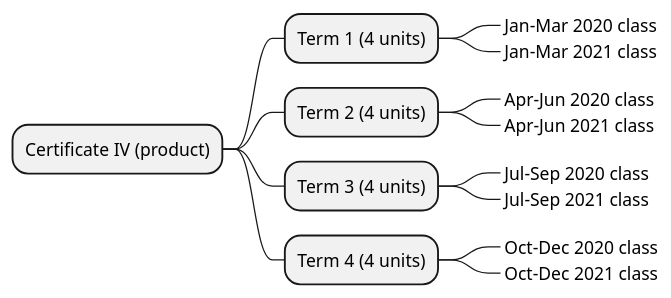
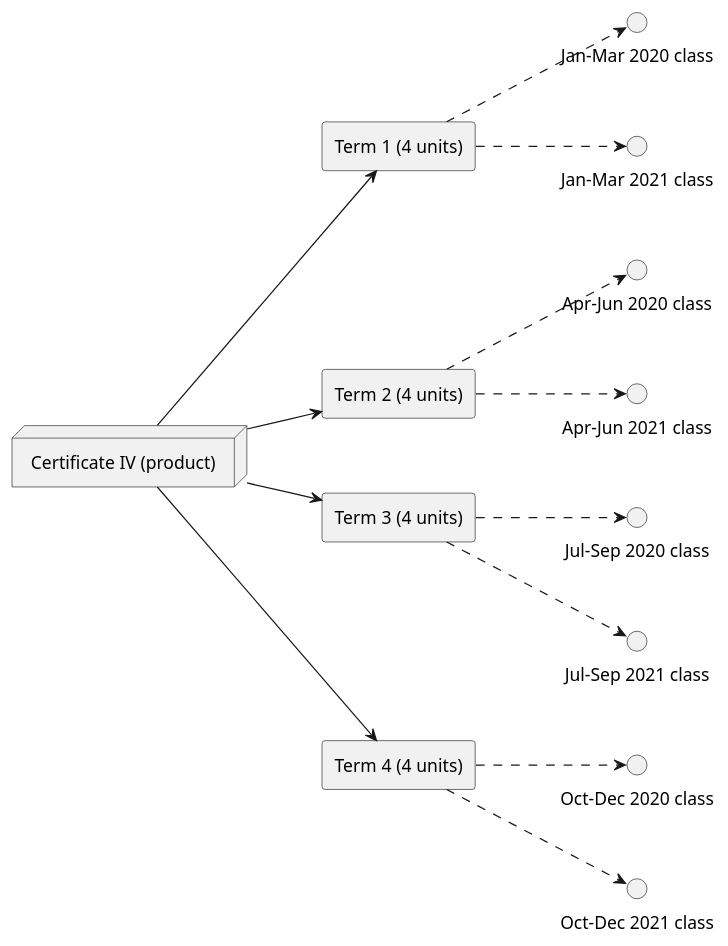
The fifth of 6 diagrams in manual/src/courseRelationships.adoc (ishgroup/onCourseDocs), drawn with PlantUML before and after one commit. The commit also changed other lines of this file, not shown here.

Commit message:
Change diagram types to include arrows and more nice syntax.

```diff
--- a/manual/src/courseRelationships.adoc
+++ b/manual/src/courseRelationships.adoc
@@ -141,17 +154,31 @@
 [plantuml]
 ----
-@startmindmap
-* Certificate IV (product)
-** Term 1 (4 units)
-***_ Jan-Mar 2020 class
-***_ Jan-Mar 2021 class
-** Term 2 (4 units)
-***_ Apr-Jun 2020 class
-***_ Apr-Jun 2021 class
-** Term 3 (4 units)
-***_ Jul-Sep 2020 class
-***_ Jul-Sep 2021 class
-** Term 4 (4 units)
-***_ Oct-Dec 2020 class
-***_ Oct-Dec 2021 class
+left to right direction
+node "Certificate IV (product)" as P
+rectangle "Term 1 (4 units)" as 1
+rectangle "Term 2 (4 units)" as 2
+rectangle "Term 3 (4 units)" as 3
+rectangle "Term 4 (4 units)" as 4
+
+interface "Jan-Mar 2020 class" as 1_1
+interface "Jan-Mar 2021 class" as 1_2
+interface "Apr-Jun 2020 class" as 2_1
+interface "Apr-Jun 2021 class" as 2_2
+interface "Jul-Sep 2020 class" as 3_1
+interface "Jul-Sep 2021 class" as 3_2
+interface "Oct-Dec 2020 class" as 4_1
+interface "Oct-Dec 2021 class" as 4_2
+
+P --> 1
+P --> 2
+P --> 3
+P --> 4
+1 -[dashed]-> 1_1
+1 -[dashed]-> 1_2
+2 -[dashed]-> 2_1
+2 -[dashed]-> 2_2
+3 -[dashed]-> 3_1
+3 -[dashed]-> 3_2
+4 -[dashed]-> 4_1
+4 -[dashed]-> 4_2
 ----
```
